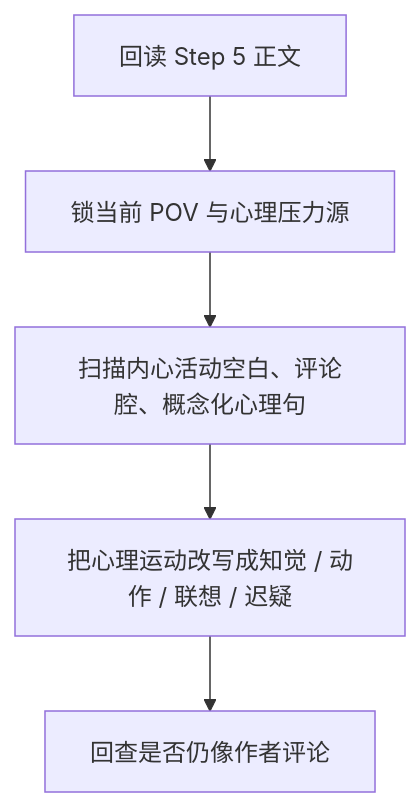
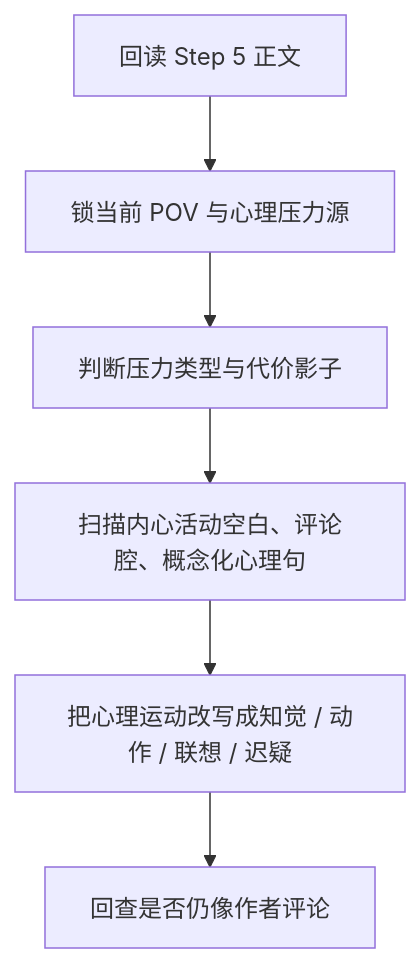
Before and after one commit to ZEN-VOID/AI-CUT: the first of 3 diagrams in .agents/skills/story/3-Drafting/6-心理活动描写/SKILL.md, drawn with Mermaid. The commit also changed other lines of this file and 184 other files, not shown here.

````diff
--- a/.agents/skills/story/3-Drafting/6-心理活动描写/SKILL.md
+++ b/.agents/skills/story/3-Drafting/6-心理活动描写/SKILL.md
@@ -89,7 +93,8 @@
 ```mermaid
 flowchart TD
     A["回读 Step 5 正文"] --> B["锁当前 POV 与心理压力源"]
-    B --> C["扫描内心活动空白、评论腔、概念化心理句"]
-    C --> D["把心理运动改写成知觉 / 动作 / 联想 / 迟疑"]
-    D --> E["回查是否仍像作者评论"]
+    B --> C["判断压力类型与代价影子"]
+    C --> D["扫描内心活动空白、评论腔、概念化心理句"]
+    D --> E["把心理运动改写成知觉 / 动作 / 联想 / 迟疑"]
+    E --> F["回查是否仍像作者评论"]
 ```
````
